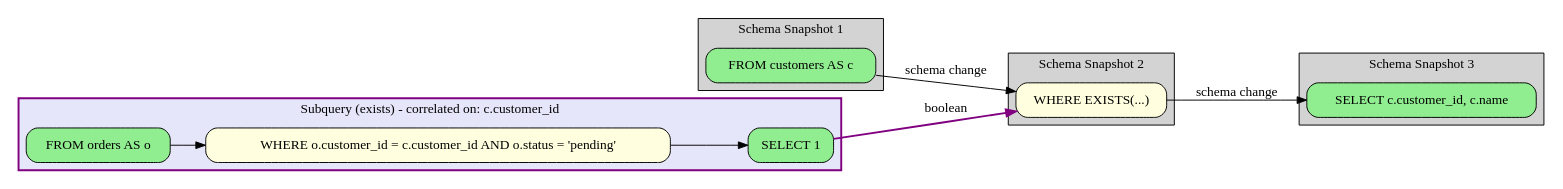
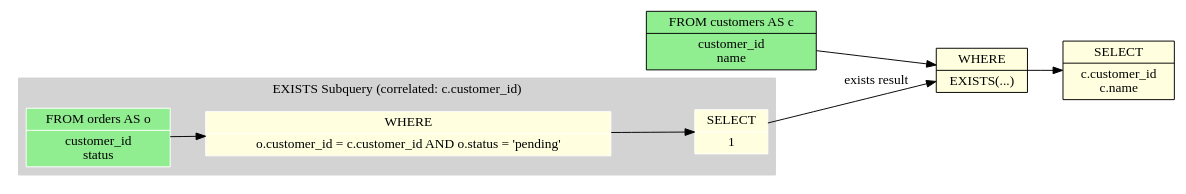
One commit to rot1024/sqloflow changed the diagram in examples/subquery_exists_schema.dot. Above: the diagram before and after it, drawn with Graphviz. The commit also changed 51 other files, not shown here.

Commit message:
feat: impl schema view renderer

```diff
--- a/examples/subquery_exists_schema.dot
+++ b/examples/subquery_exists_schema.dot
@@ -1,46 +1,34 @@
-digraph sqloflow {
+digraph schema_flow {
   rankdir=LR;
-  node [shape=box, style=rounded];
+  node [shape=record];
 
-  // Schema view with snapshots
-  subgraph cluster_0 {
-    label="Schema Snapshot 1";
+  // Source tables
+  node_0 [label="FROM customers AS c|customer_id\nname", style=filled, fillcolor=lightgreen];
+
+  // Operations
+  node_1 [label="WHERE|EXISTS(...)", style=filled, fillcolor=lightyellow];
+  node_3 [label="SELECT|c.customer_id\nc.name", style=filled, fillcolor=lightyellow];
+
+  // Data flow edges
+
+  // JOIN operations with table info
+  node_0 -> node_1;
+  node_1 -> node_3;
+
+  subgraph cluster_node_2 {
+    label="EXISTS Subquery (correlated: c.customer_id)";
     style=filled;
-    fillcolor=lightgray;
-    // Relations: c
-    node_0 [label="FROM customers AS c", fillcolor=lightgreen, style="filled,rounded"];
+    color=lightgrey;
+    node [style=filled,color=white];
+    // Source tables
+    subq_0_node_0 [label="FROM orders AS o|customer_id\nstatus", style=filled, fillcolor=lightgreen];
+    // Operations
+    subq_0_node_1 [label="WHERE|o.customer_id = c.customer_id AND o.status = 'pending'", style=filled, fillcolor=lightyellow];
+    subq_0_node_2 [label="SELECT|1", style=filled, fillcolor=lightyellow];
+    // Data flow edges
+    // JOIN operations with table info
+    subq_0_node_0 -> subq_0_node_1;
+    subq_0_node_1 -> subq_0_node_2;
   }
-  subgraph cluster_1 {
-    label="Schema Snapshot 2";
-    style=filled;
-    fillcolor=lightgray;
-    // Relations: c, o
-    node_1 [label="WHERE EXISTS(...)", fillcolor=lightyellow, style="filled,rounded"];
-  }
-  subgraph cluster_2 {
-    label="Schema Snapshot 3";
-    style=filled;
-    fillcolor=lightgray;
-    // Relations: _result
-    node_3 [label="SELECT c.customer_id, c.name", fillcolor=lightgreen, style="filled,rounded"];
-  }
-
-  // Subquery 1
-  subgraph cluster_node_2 {
-    label="Subquery (exists) - correlated on: c.customer_id";
-    style=filled;
-    fillcolor=lavender;
-    color=purple;
-    penwidth=2;
-    subq_0_node_0 [label="FROM orders AS o", fillcolor=lightgreen, style="filled,rounded"];
-    subq_0_node_1 [label="WHERE o.customer_id = c.customer_id AND o.status = 'pending'", fillcolor=lightyellow, style="filled,rounded"];
-    subq_0_node_2 [label="SELECT 1", fillcolor=lightgreen, style="filled,rounded"];
-    subq_0_node_0 -> subq_0_node_1 [color=black];
-    subq_0_node_1 -> subq_0_node_2 [color=black];
-  }
-  subq_0_node_2 -> node_1 [color=purple, style=bold, label="boolean"];
-
-  // Schema transformation edges
-  node_0 -> node_1 [color=black, label="schema change"];
-  node_1 -> node_3 [color=black, label="schema change"];
+  subq_0_node_2 -> node_1 [label="exists result"];
 }
```
